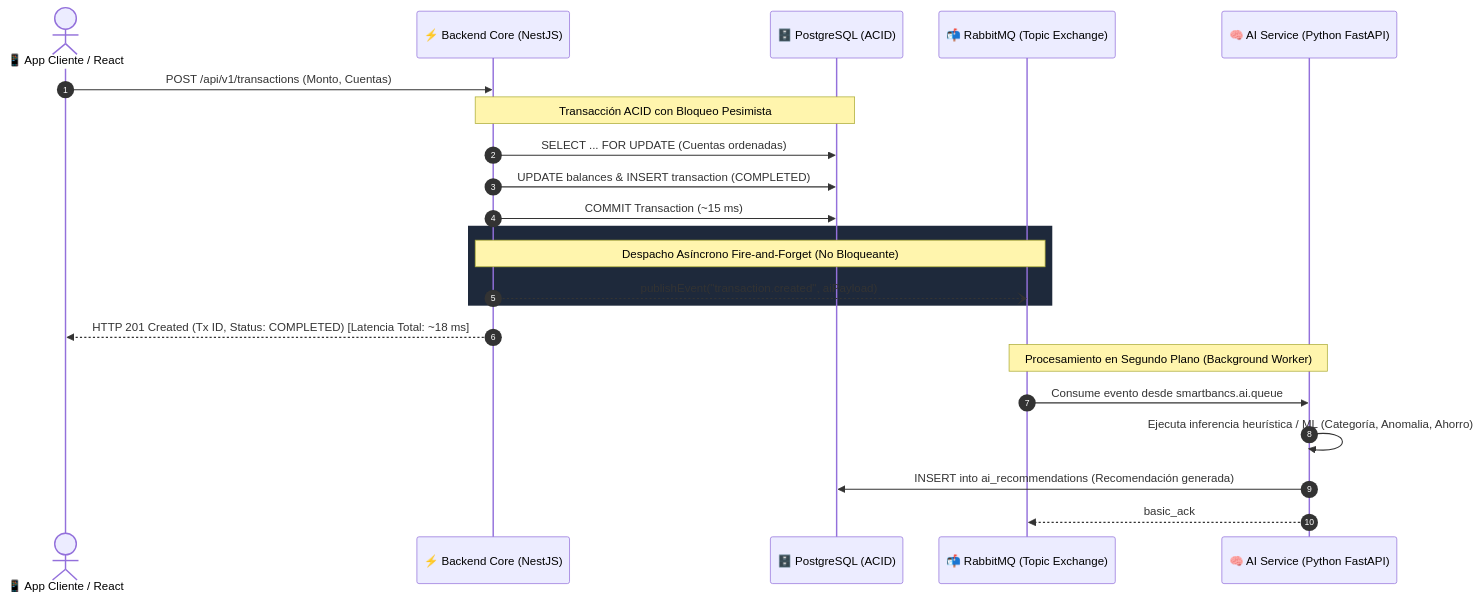
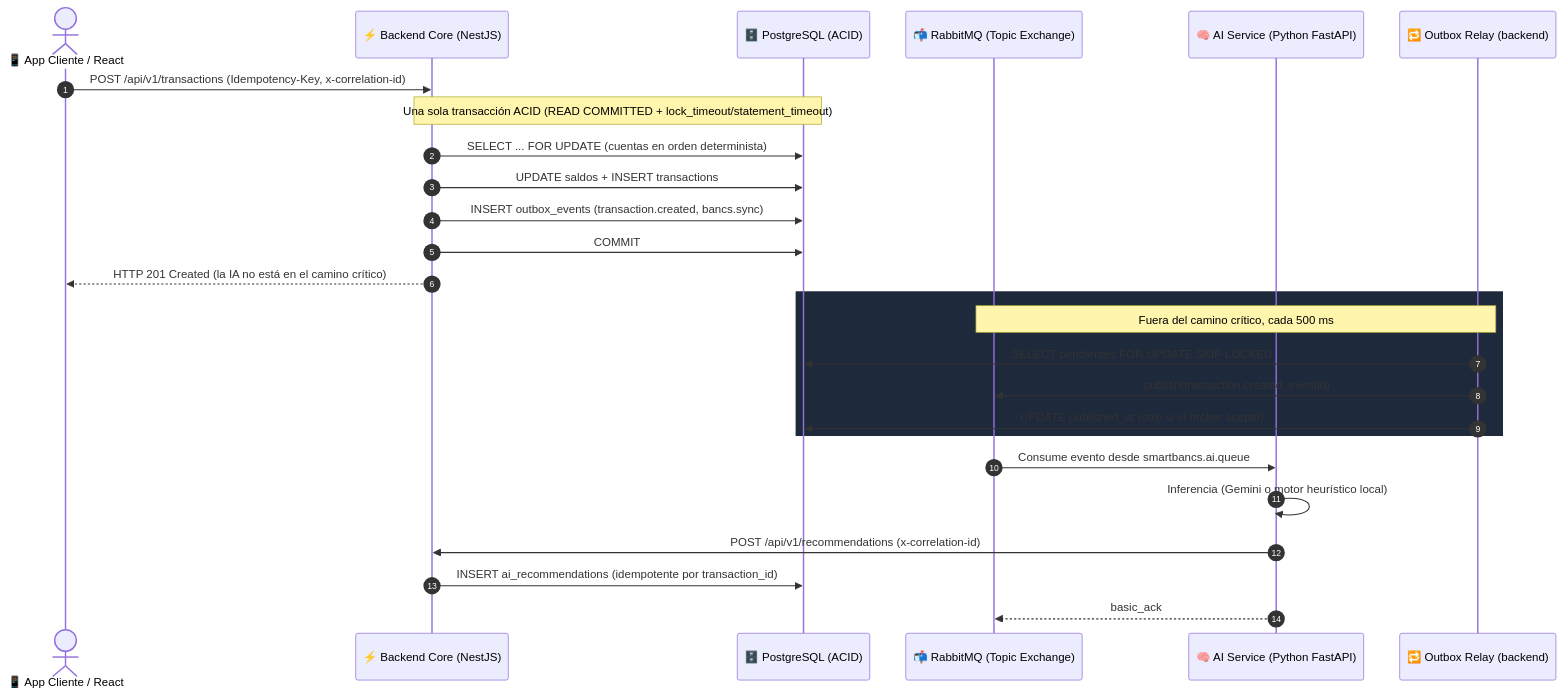
Before and after one commit to kjramos5310/NextGEN_Ramos: the diagram in docs/IA_IMPLEMENTACION_Y_DESPLIEGUE.md, drawn with Mermaid. The commit also changed other lines of this file and 4 other files, not shown here.

````diff
--- a/docs/IA_IMPLEMENTACION_Y_DESPLIEGUE.md
+++ b/docs/IA_IMPLEMENTACION_Y_DESPLIEGUE.md
@@ -14,28 +14,32 @@
 ```mermaid
 sequenceDiagram
     autonumber
     actor Cliente as 📱 App Cliente / React
     participant API as ⚡ Backend Core (NestJS)
     participant DB as 🗄️ PostgreSQL (ACID)
     participant Broker as 📬 RabbitMQ (Topic Exchange)
     participant AI as 🧠 AI Service (Python FastAPI)
 
-    Cliente->>API: POST /api/v1/transactions (Monto, Cuentas)
-    Note over API,DB: Transacción ACID con Bloqueo Pesimista
-    API->>DB: SELECT ... FOR UPDATE (Cuentas ordenadas)
-    API->>DB: UPDATE balances & INSERT transaction (COMPLETED)
-    API->>DB: COMMIT Transaction (~15 ms)
-    
+    participant Relay as 🔁 Outbox Relay (backend)
+
+    Cliente->>API: POST /api/v1/transactions (Idempotency-Key, x-correlation-id)
+    Note over API,DB: Una sola transacción ACID (READ COMMITTED + lock_timeout/statement_timeout)
+    API->>DB: SELECT ... FOR UPDATE (cuentas en orden determinista)
+    API->>DB: UPDATE saldos + INSERT transactions
+    API->>DB: INSERT outbox_events (transaction.created, bancs.sync)
+    API->>DB: COMMIT
+    API-->>Cliente: HTTP 201 Created (la IA no está en el camino crítico)
+
     rect rgb(30, 41, 59)
-    Note over API,Broker: Despacho Asíncrono Fire-and-Forget (No Bloqueante)
-    API--)Broker: publishEvent("transaction.created", aiPayload)
+    Note over Relay,Broker: Fuera del camino crítico, cada 500 ms
+    Relay->>DB: SELECT pendientes FOR UPDATE SKIP LOCKED
+    Relay->>Broker: publish(transaction.created, eventId)
+    Relay->>DB: UPDATE published_at (solo si el broker aceptó)
     end
 
-    API-->>Cliente: HTTP 201 Created (Tx ID, Status: COMPLETED) [Latencia Total: ~18 ms]
-
-    Note over Broker,AI: Procesamiento en Segundo Plano (Background Worker)
     Broker->>AI: Consume evento desde smartbancs.ai.queue
-    AI->>AI: Ejecuta inferencia heurística / ML (Categoría, Anomalia, Ahorro)
-    AI->>DB: INSERT into ai_recommendations (Recomendación generada)
+    AI->>AI: Inferencia (Gemini o motor heurístico local)
+    AI->>API: POST /api/v1/recommendations (x-correlation-id)
+    API->>DB: INSERT ai_recommendations (idempotente por transaction_id)
     AI-->>Broker: basic_ack
 ```
````
